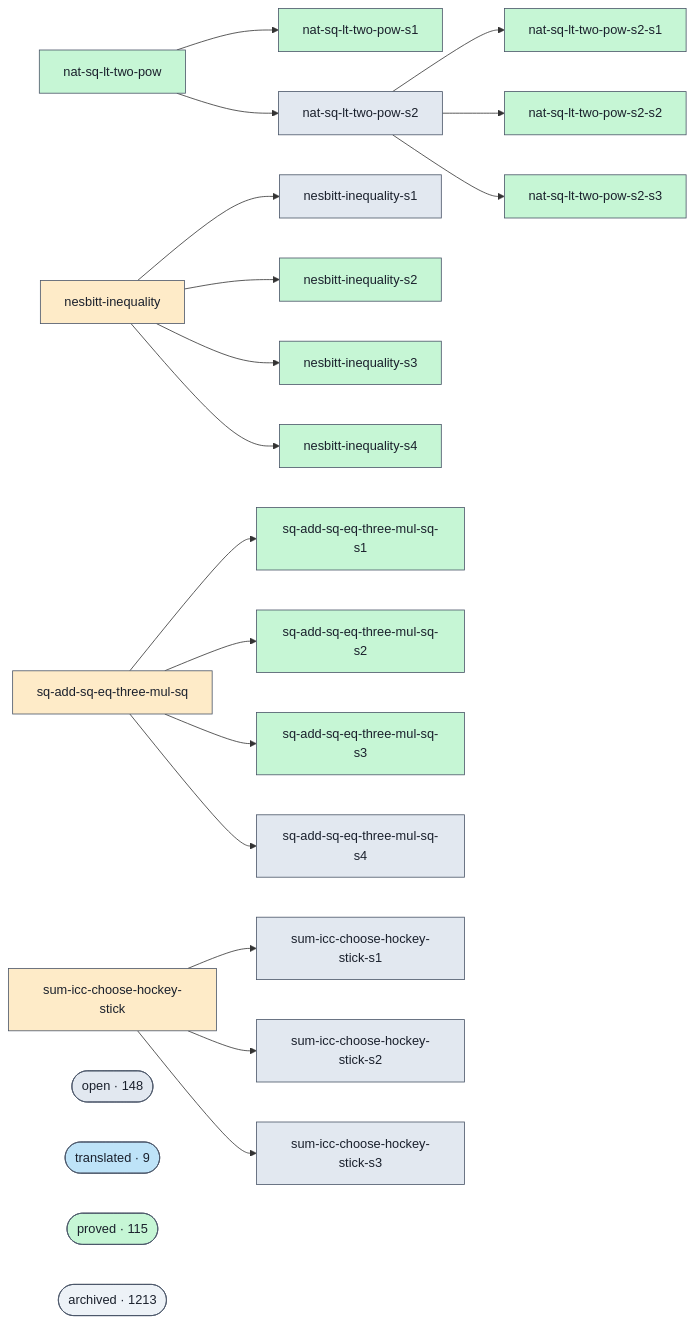
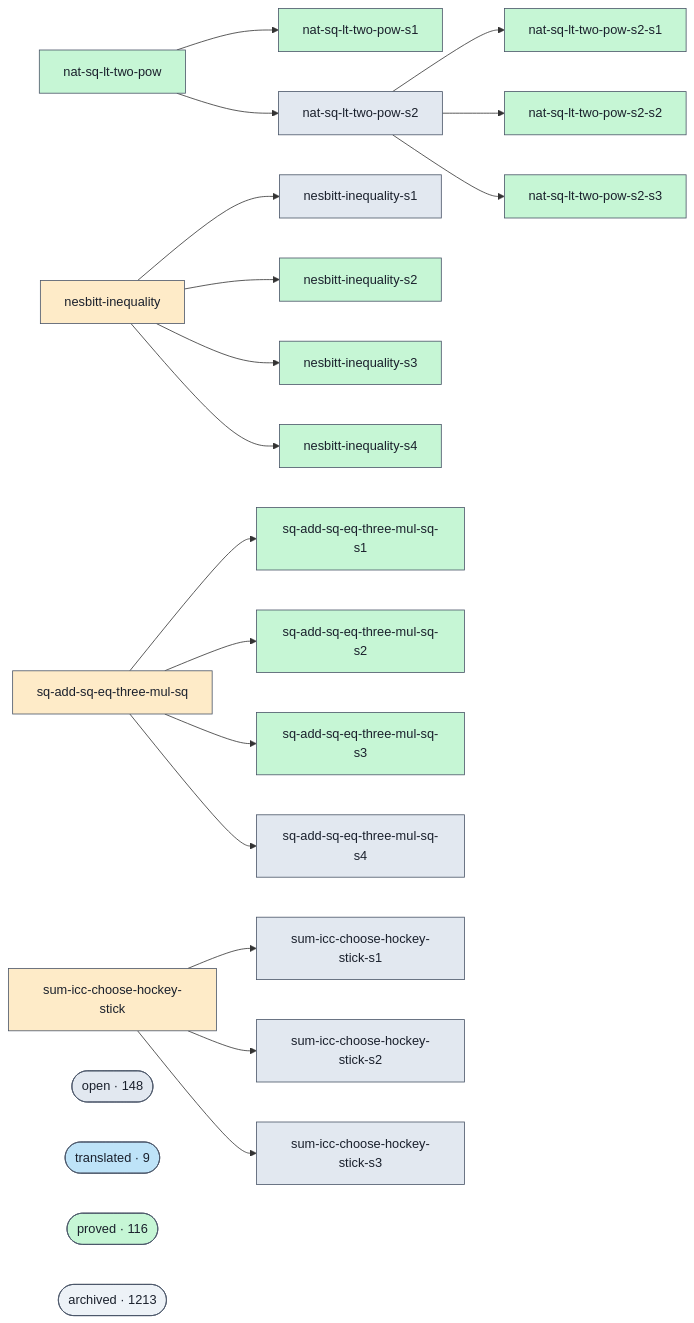
Before and after one commit to ohdearquant/unsorry: the diagram in docs/proofs-contributors-visualisation.md, drawn with Mermaid. The commit also changed other lines of this file and 2 other files, not shown here.

```diff
--- a/docs/proofs-contributors-visualisation.md
+++ b/docs/proofs-contributors-visualisation.md
@@ -102,7 +102,7 @@
   class cluster_open open;
   cluster_translated(["translated · 9"])
   class cluster_translated translated;
-  cluster_proved(["proved · 115"])
+  cluster_proved(["proved · 116"])
   class cluster_proved proved;
   cluster_archived(["archived · 1213"])
   class cluster_archived unknown;
```
